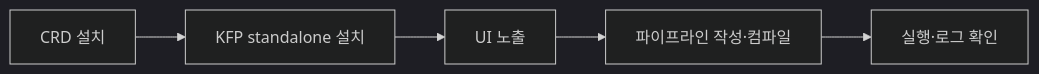
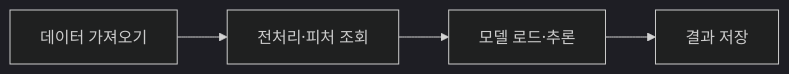
Before and after one commit to jiheon95/mlops-study: the first of 2 diagrams in docs/ch05.md, drawn with Mermaid (dark theme). The commit also changed other lines of this file and 1 other file, not shown here.

Commit message:
docs: CH5 Kubeflow Pipelines 배치 추론 파이프라인 정리

````diff
--- a/docs/ch05.md
+++ b/docs/ch05.md
@@ -16,4 +18,4 @@
 ```mermaid
 flowchart LR
-  CRD[CRD 설치] --> KFP[KFP standalone 설치] --> UI[UI 노출] --> DSL[파이프라인 작성·컴파일] --> RUN[실행·로그 확인]
+  A[데이터 가져오기] --> B[전처리·피처 조회] --> C[모델 로드·추론] --> D[결과 저장]
 ```
````
